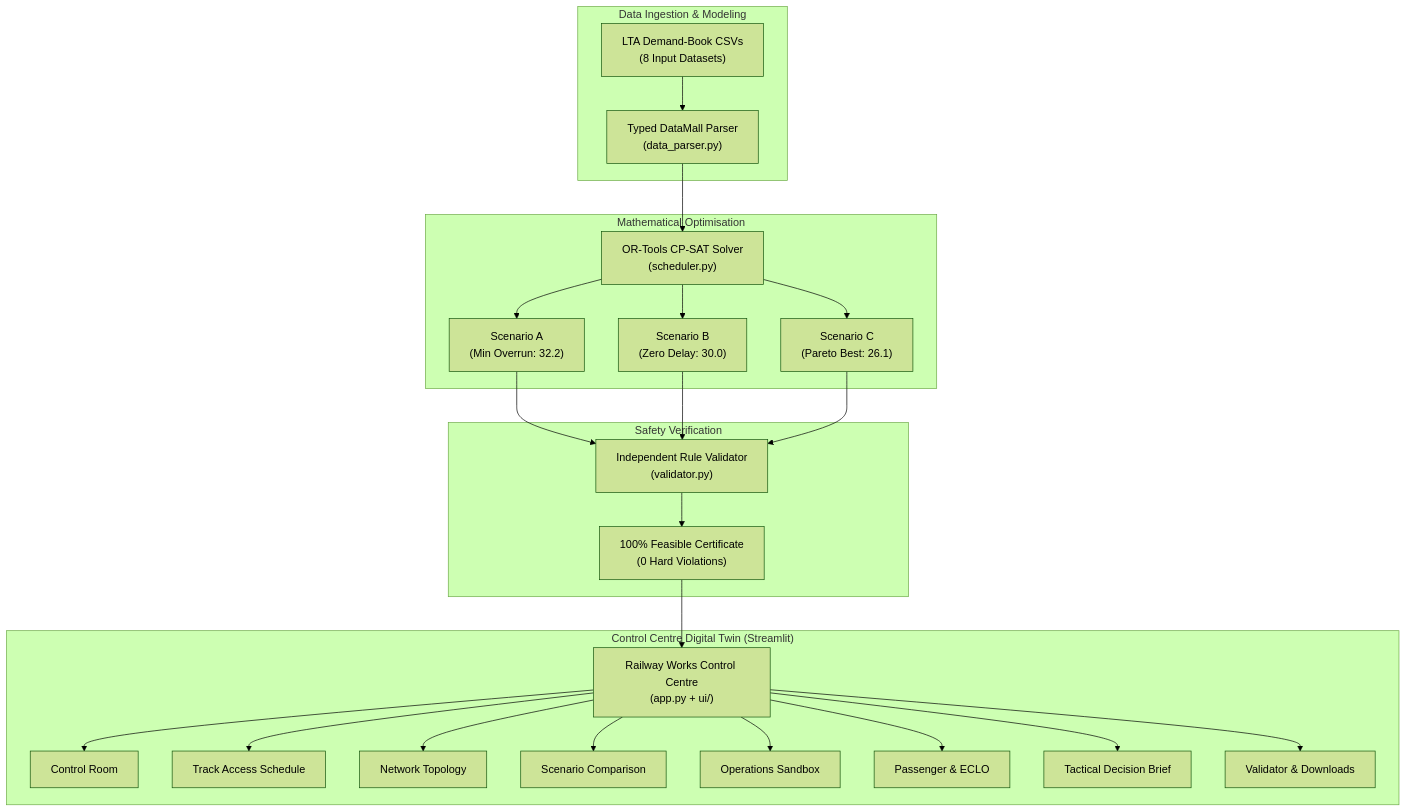
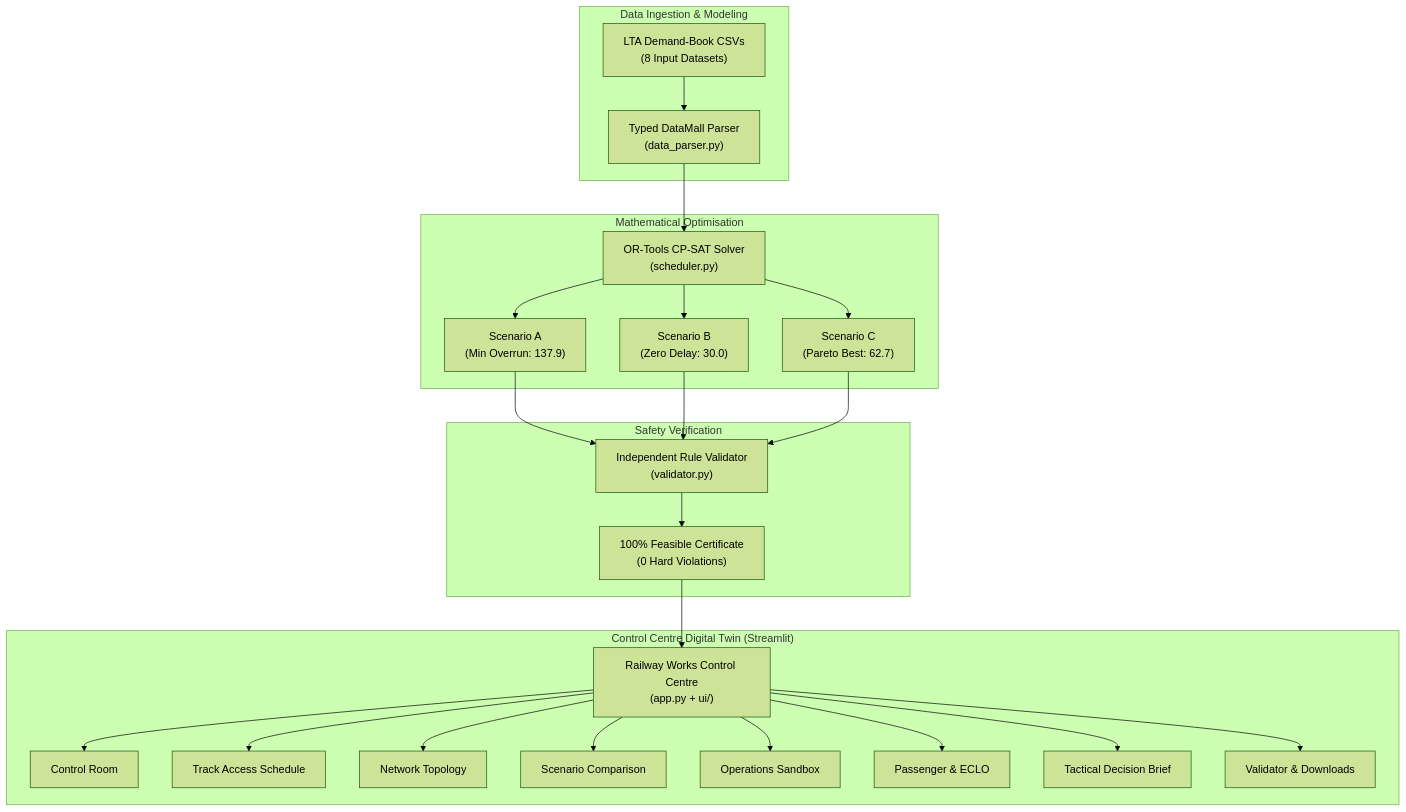
One commit to LinXiaoya0228/NebulaX-Top10 changed the diagram in README.md. Above: the diagram before and after it, drawn with Mermaid (forest theme). The commit also changed other lines of this file and 12 other files, not shown here.

````diff
--- a/README.md
+++ b/README.md
@@ -132,30 +132,30 @@
 ```mermaid
 flowchart TD
     subgraph Data Layer ["Data Ingestion & Modeling"]
         D["LTA Demand-Book CSVs<br/>(8 Input Datasets)"] --> P["Typed DataMall Parser<br/>(data_parser.py)"]
     end
 
     subgraph Optimization Engine ["Mathematical Optimisation"]
         P --> CP["OR-Tools CP-SAT Solver<br/>(scheduler.py)"]
-        CP --> S1["Scenario A<br/>(Min Overrun: 32.2)"]
+        CP --> S1["Scenario A<br/>(Min Overrun: 137.9)"]
         CP --> S2["Scenario B<br/>(Zero Delay: 30.0)"]
-        CP --> S3["Scenario C<br/>(Pareto Best: 26.1)"]
+        CP --> S3["Scenario C<br/>(Pareto Best: 62.7)"]
     end
 
     subgraph Validation ["Safety Verification"]
         S1 & S2 & S3 --> VAL["Independent Rule Validator<br/>(validator.py)"]
         VAL --> AUD["100% Feasible Certificate<br/>(0 Hard Violations)"]
     end
 
     subgraph Operations Control ["Control Centre Digital Twin (Streamlit)"]
         AUD --> UI["Railway Works Control Centre<br/>(app.py + ui/)"]
         UI --> M1["Control Room"]
         UI --> M2["Track Access Schedule"]
         UI --> M3["Network Topology"]
         UI --> M4["Scenario Comparison"]
         UI --> M5["Operations Sandbox"]
         UI --> M6["Passenger & ECLO"]
         UI --> M7["Tactical Decision Brief"]
         UI --> M8["Validator & Downloads"]
     end
 ```
````
